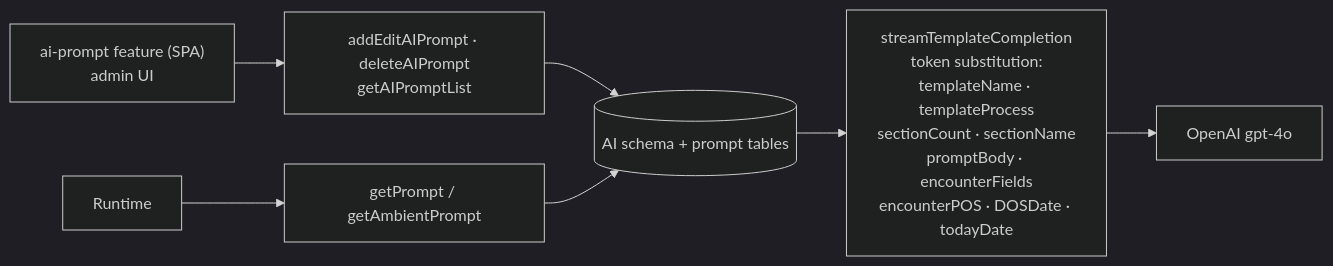
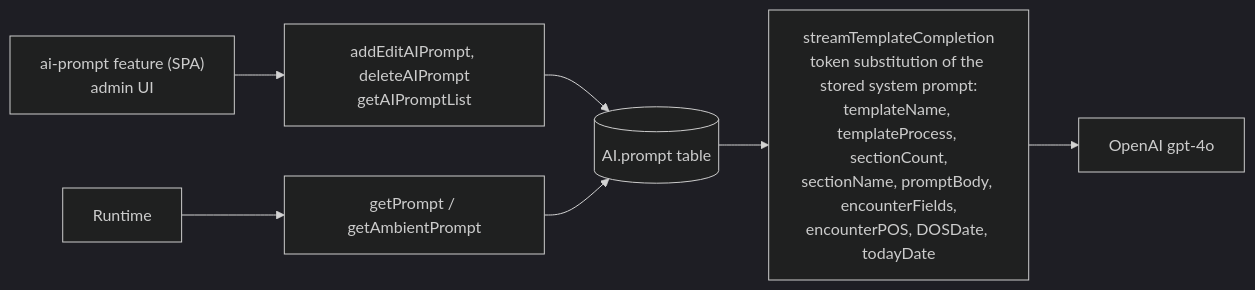
The fourth of 5 diagrams in docs/architecture-diagrams/12-ai-assistance-deep-dive-diagrams.md (hemsingh-3PG/sai-systems-AIRE), drawn with Mermaid (dark theme) before and after one commit. The commit also changed other lines of this file and 285 other files, not shown here.

````diff
--- a/docs/architecture-diagrams/12-ai-assistance-deep-dive-diagrams.md
+++ b/docs/architecture-diagrams/12-ai-assistance-deep-dive-diagrams.md
@@ -88,9 +134,9 @@
 ```mermaid
 flowchart LR
-  A["ai-prompt feature (SPA)<br/>admin UI"] --> B["addEditAIPrompt · deleteAIPrompt<br/>getAIPromptList"]
-  B --> C[("AI schema + prompt tables")]
+  A["ai-prompt feature (SPA)<br/>admin UI"] --> B["addEditAIPrompt, deleteAIPrompt<br/>getAIPromptList"]
+  B --> C[("AI.prompt table")]
   D["Runtime"] --> E["getPrompt / getAmbientPrompt"]
   E --> C
-  C --> F["streamTemplateCompletion<br/>token substitution:<br/>templateName · templateProcess<br/>sectionCount · sectionName<br/>promptBody · encounterFields<br/>encounterPOS · DOSDate · todayDate"]
+  C --> F["streamTemplateCompletion<br/>token substitution of the stored system prompt:<br/>templateName, templateProcess, sectionCount,<br/>sectionName, promptBody, encounterFields,<br/>encounterPOS, DOSDate, todayDate"]
   F --> G["OpenAI gpt-4o"]
 ```
````
